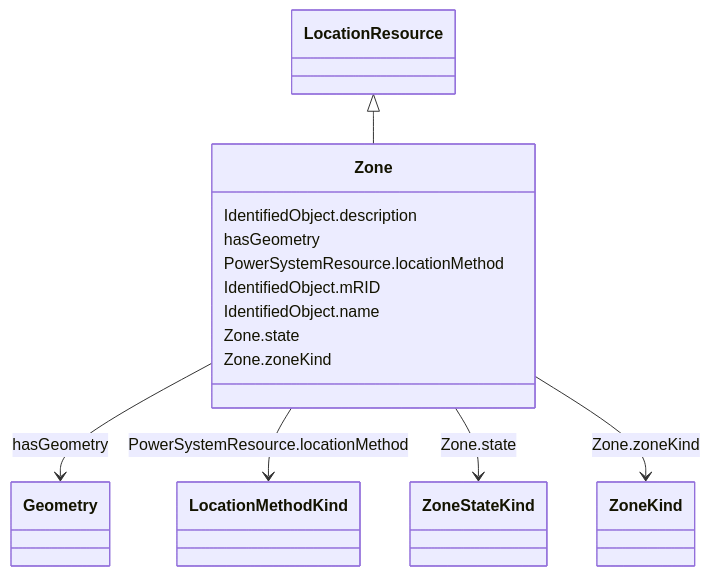
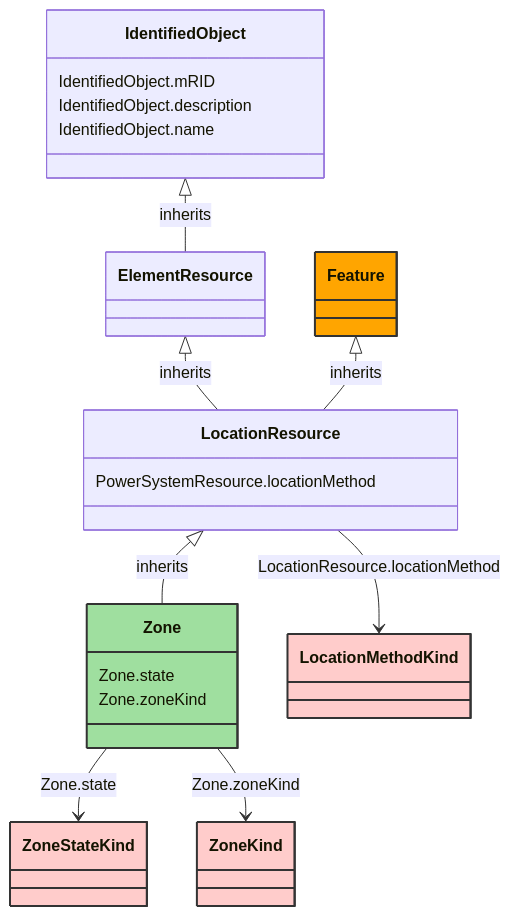
Before and after one commit to 3lbits/NoCIMExtensions: the diagram in docs/AviationObstacle/Zone.md, drawn with Mermaid. The commit also changed other lines of this file and 177 other files, not shown here.

````diff
--- a/docs/AviationObstacle/Zone.md
+++ b/docs/AviationObstacle/Zone.md
@@ -16,35 +8,50 @@
 ```mermaid
- classDiagram
+classDiagram
     class Zone
-    click Zone href "../Zone"
-      LocationResource <|-- Zone
-        click LocationResource href "../LocationResource"
-      
-      Zone : IdentifiedObject.description
-        
-      Zone : hasGeometry
-        
-          Zone --> Geometry : hasGeometry
-          click Geometry href "../Geometry"
-        
-      Zone : PowerSystemResource.locationMethod
-        
-          Zone --> LocationMethodKind : PowerSystemResource.locationMethod
-          click LocationMethodKind href "../LocationMethodKind"
-        
-      Zone : IdentifiedObject.mRID
-        
-      Zone : IdentifiedObject.name
-        
-      Zone : Zone.state
-        
-          Zone --> ZoneStateKind : Zone.state
-          click ZoneStateKind href "../ZoneStateKind"
-        
-      Zone : Zone.zoneKind
-        
-          Zone --> ZoneKind : Zone.zoneKind
-          click ZoneKind href "../ZoneKind"
-        
-      
+    click Zone href "/AviationObstacle/Zone/"
+    style Zone fill:#9fdf9f,stroke:#333,stroke-width:2px,rx:10,ry:10
+
+        LocationResource <|-- Zone : inherits
+            click LocationResource href "/AviationObstacle/LocationResource/"
+            style LocationResource rx:10,ry:10
+
+        Zone
+            click Zone href "/AviationObstacle/Zone/"
+            style Zone rx:10,ry:10
+
+        ElementResource <|-- LocationResource : inherits
+            click ElementResource href "/AviationObstacle/ElementResource/"
+            style ElementResource rx:10,ry:10
+
+        IdentifiedObject <|-- ElementResource : inherits
+            click IdentifiedObject href "/AviationObstacle/IdentifiedObject/"
+            style IdentifiedObject rx:10,ry:10
+
+        Feature <|-- LocationResource : inherits
+            click Feature href "/AviationObstacle/Feature/"
+            style Feature fill:#FFA500,stroke:#333,stroke-width:2px,rx:10,ry:10
+
+
+        Zone --> ZoneStateKind : Zone.state
+
+        ZoneStateKind
+            click ZoneStateKind href "/AviationObstacle/ZoneStateKind/"
+            style ZoneStateKind fill:#FFCCCB,stroke:#333,stroke-width:2px,rx:10,ry:10
+        Zone --> ZoneKind : Zone.zoneKind
+
+        ZoneKind
+            click ZoneKind href "/AviationObstacle/ZoneKind/"
+            style ZoneKind fill:#FFCCCB,stroke:#333,stroke-width:2px,rx:10,ry:10
+        LocationResource --> LocationMethodKind : LocationResource.locationMethod
+
+        LocationMethodKind
+            click LocationMethodKind href "/AviationObstacle/LocationMethodKind/"
+            style LocationMethodKind fill:#FFCCCB,stroke:#333,stroke-width:2px,rx:10,ry:10
+
+        Zone : Zone.state
+        Zone : Zone.zoneKind
+        LocationResource : PowerSystemResource.locationMethod
+        IdentifiedObject : IdentifiedObject.mRID
+        IdentifiedObject : IdentifiedObject.description
+        IdentifiedObject : IdentifiedObject.name
 ```
````
